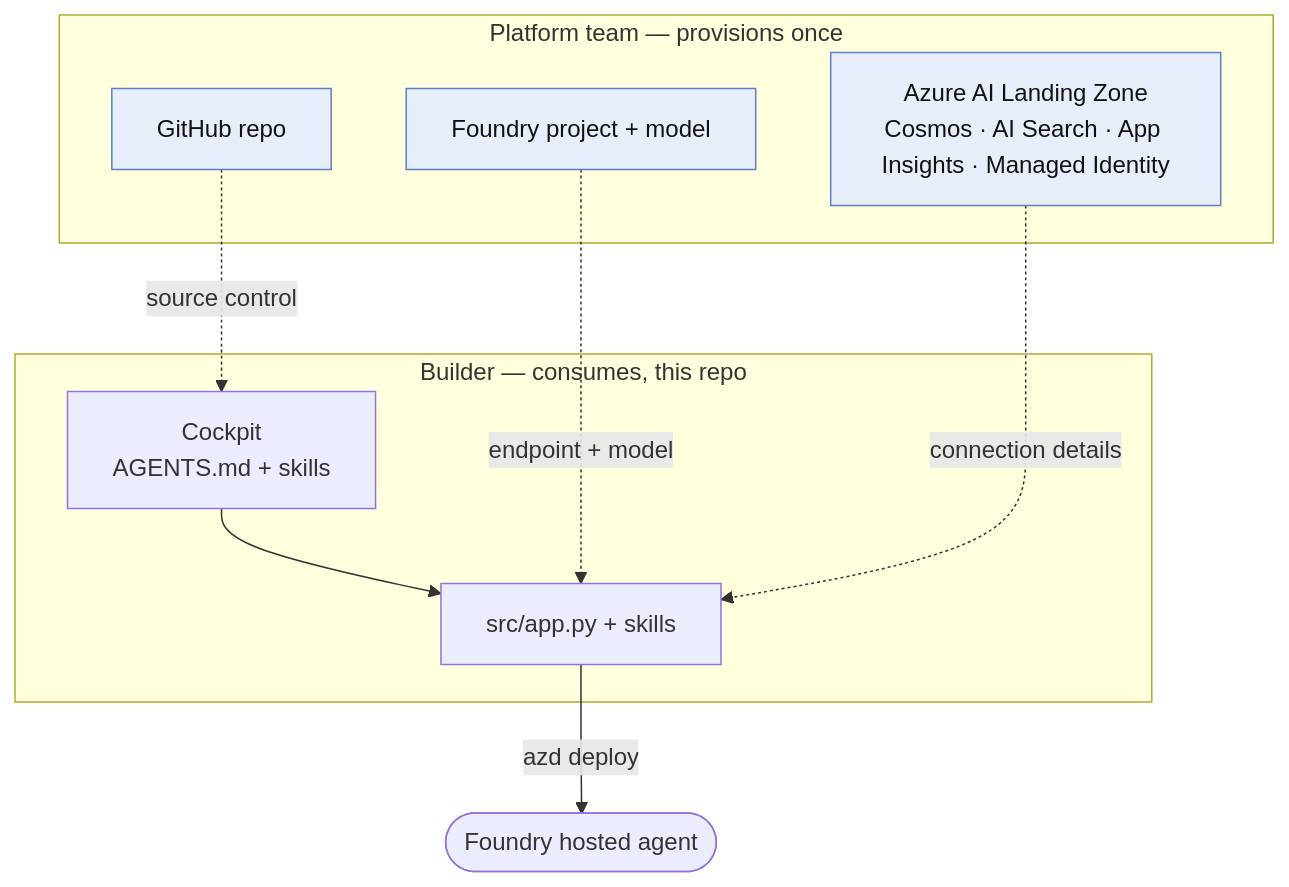
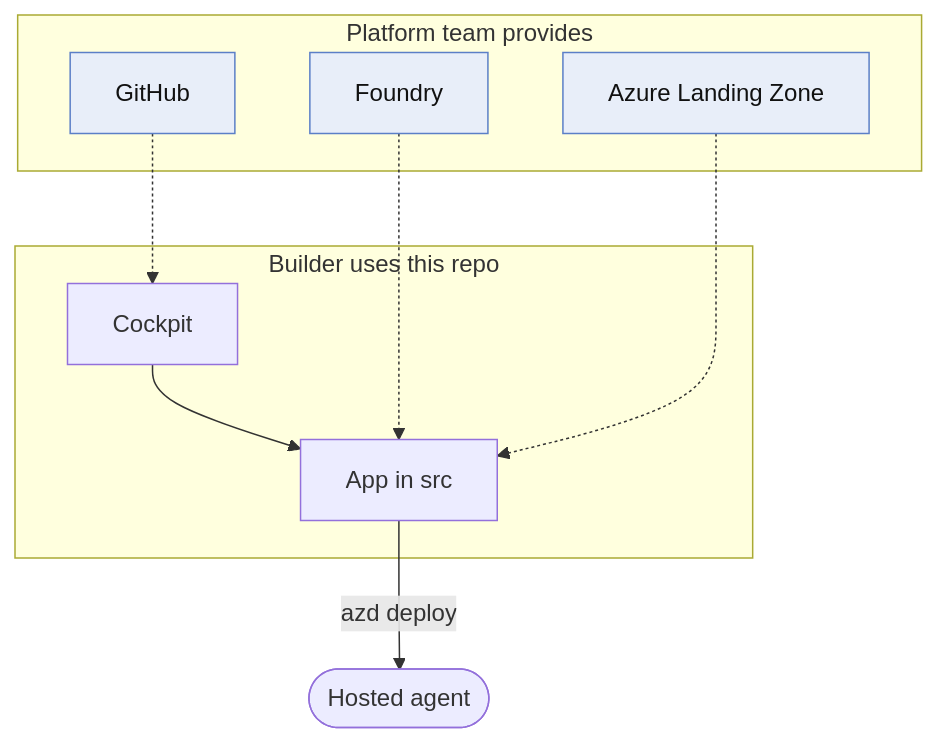
The second of 2 diagrams in README.md (hamza-roujdami/agent-factory-starter), drawn with Mermaid before and after one commit. The commit also changed other lines of this file, not shown here.

Commit message:
docs: simplify mermaid labels

````diff
--- a/README.md
+++ b/README.md
@@ -58,20 +58,20 @@
 ```mermaid
 flowchart TB
-    subgraph PLATFORM["Platform team — provisions once"]
-        gh[GitHub repo]
-        foundry[Foundry project + model]
-        lz[Azure AI Landing Zone<br/>Cosmos · AI Search · App Insights · Managed Identity]
+    subgraph PLATFORM["Platform team provides"]
+        gh[GitHub]
+        foundry[Foundry]
+        lz[Azure Landing Zone]
     end
-    subgraph BUILDER["Builder — consumes, this repo"]
-        cockpit[Cockpit<br/>AGENTS.md + skills]
-        app[src/app.py + skills]
+    subgraph BUILDER["Builder uses this repo"]
+        cockpit[Cockpit]
+        app[App in src]
     end
     cockpit --> app
-    app -- azd deploy --> hosted([Foundry hosted agent])
-    gh -. source control .-> cockpit
-    foundry -. endpoint + model .-> app
-    lz -. connection details .-> app
+    app -- azd deploy --> hosted([Hosted agent])
+    gh -.-> cockpit
+    foundry -.-> app
+    lz -.-> app
 
     classDef plat fill:#e8eef9,stroke:#5b7fc7,color:#111;
     class gh,foundry,lz plat;
 ```
````
